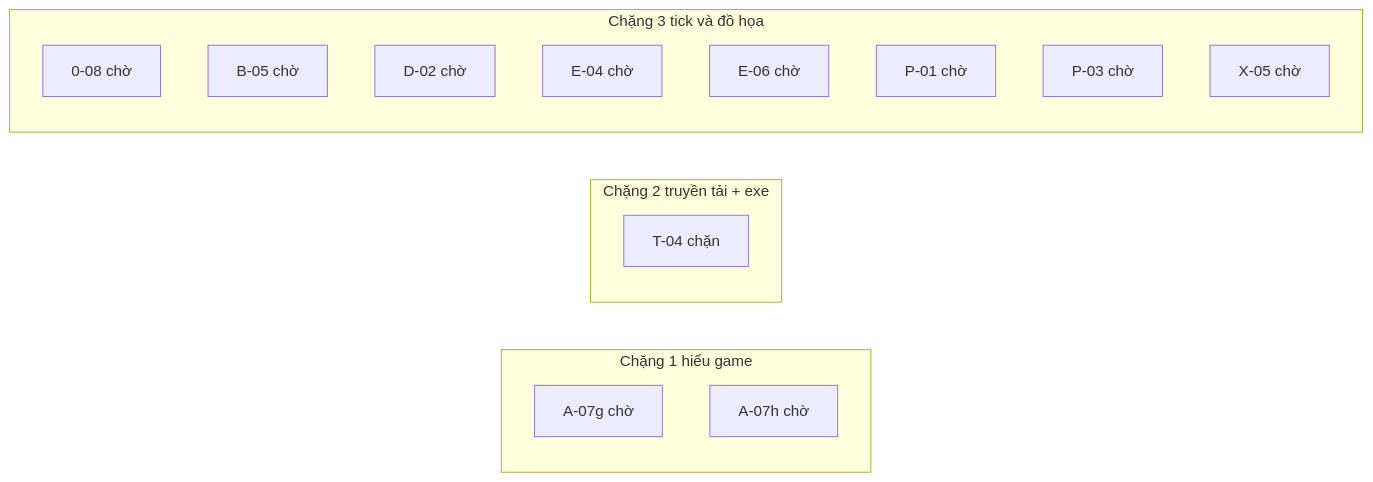
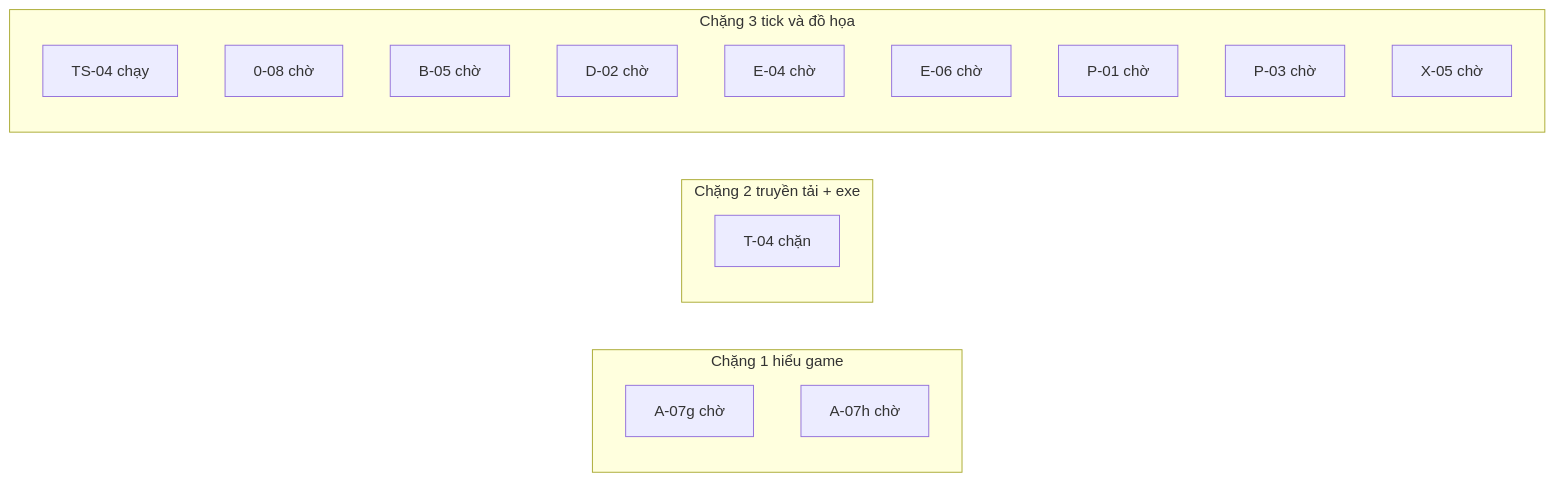
The diagram in JX1_OPS/STATE/TIEN-DO.md (ndtangoss-dev/jx1-reports), drawn with Mermaid before and after one commit. The commit also changed other lines of this file and 4 other files, not shown here.

````diff
--- a/JX1_OPS/STATE/TIEN-DO.md
+++ b/JX1_OPS/STATE/TIEN-DO.md
@@ -9,20 +9,21 @@
 ```mermaid
 flowchart LR
   subgraph S1["Chặng 1 hiểu game"]
     A_07g["A-07g chờ"]
     A_07h["A-07h chờ"]
   end
   subgraph S2["Chặng 2 truyền tải + exe"]
     T_04["T-04 chặn"]
   end
   subgraph S3["Chặng 3 tick và đồ họa"]
+    TS_04["TS-04 chạy"]
     0_08["0-08 chờ"]
     B_05["B-05 chờ"]
     D_02["D-02 chờ"]
     E_04["E-04 chờ"]
     E_06["E-06 chờ"]
     P_01["P-01 chờ"]
     P_03["P-03 chờ"]
     X_05["X-05 chờ"]
   end
 ```
````
